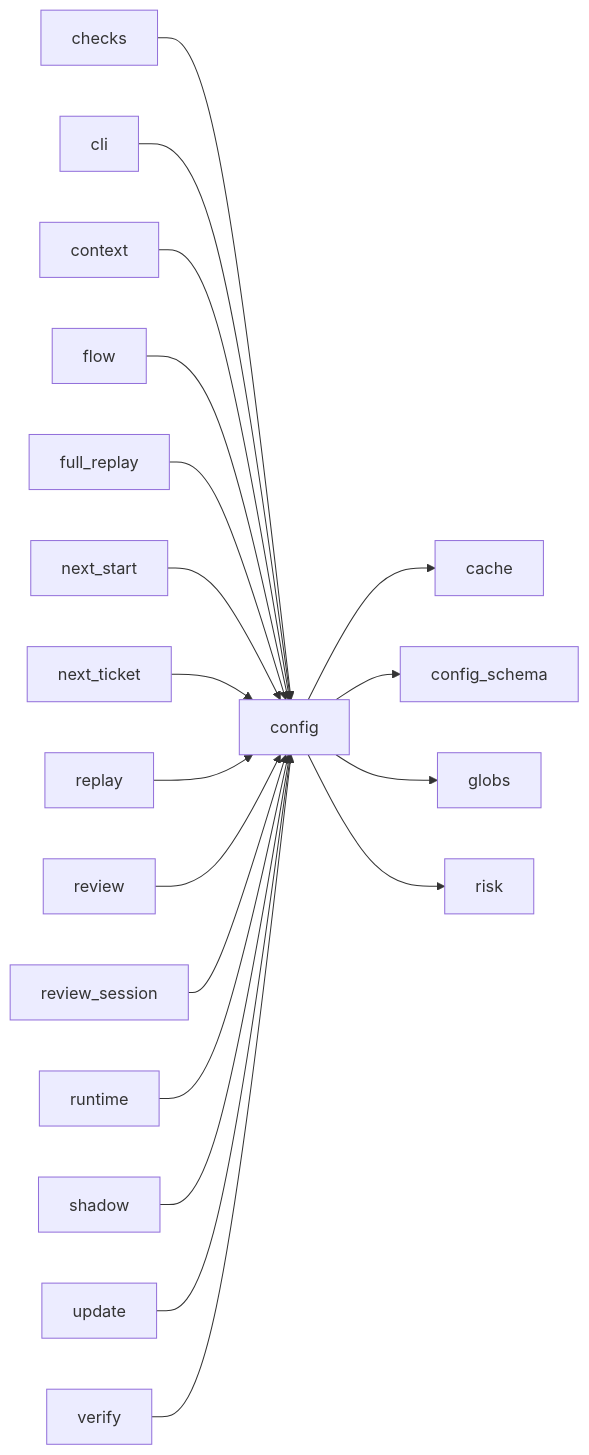
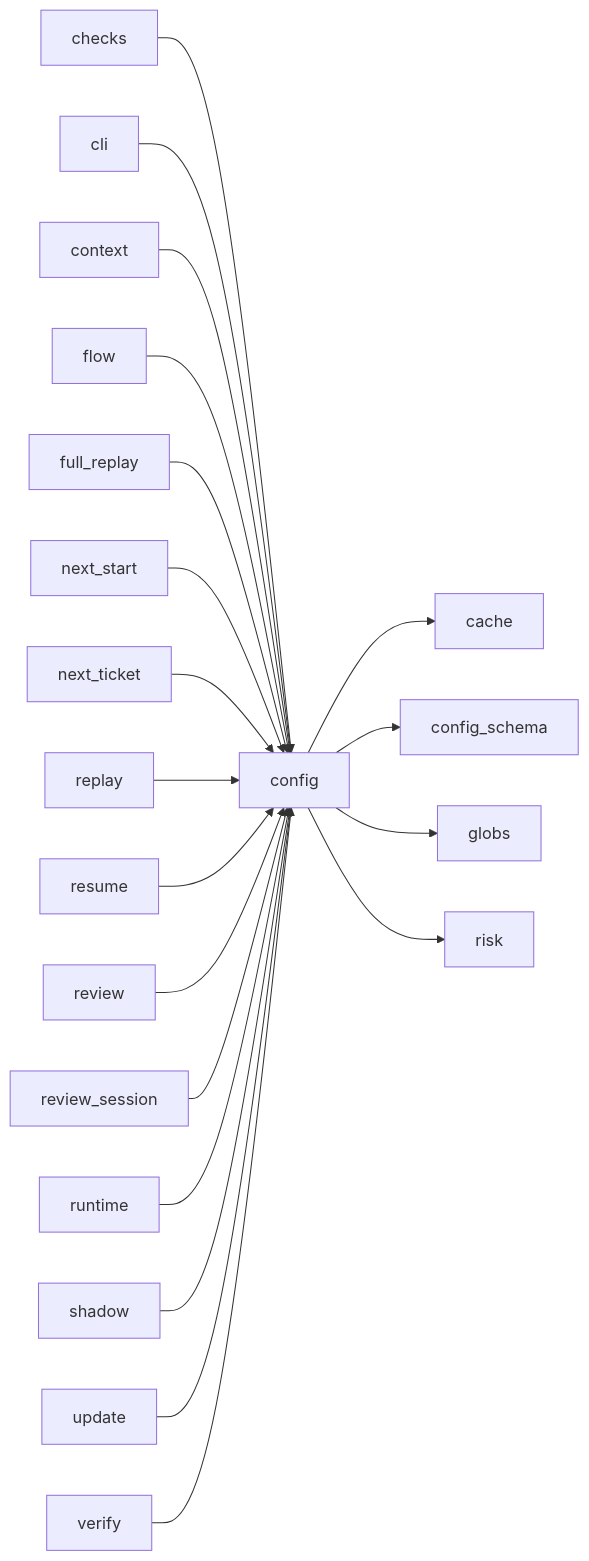
One commit to plaplanche/ariane changed the third of 3 diagrams in docs/architecture/modules/config.md. Above: the diagram before and after it, drawn with Mermaid. The commit also changed other lines of this file and 43 other files, not shown here.

````diff
--- a/docs/architecture/modules/config.md
+++ b/docs/architecture/modules/config.md
@@ -181,21 +182,22 @@
 ```mermaid
 flowchart LR
   checks --> config
   cli --> config
   config --> cache
   config --> config_schema
   config --> globs
   config --> risk
   context --> config
   flow --> config
   full_replay --> config
   next_start --> config
   next_ticket --> config
   replay --> config
+  resume --> config
   review --> config
   review_session --> config
   runtime --> config
   shadow --> config
   update --> config
   verify --> config
 ```
````
